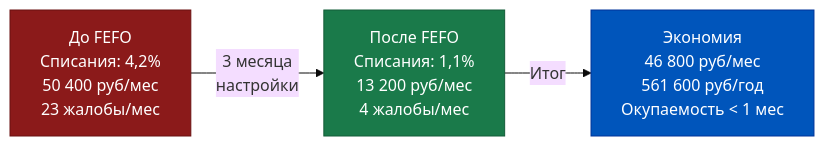
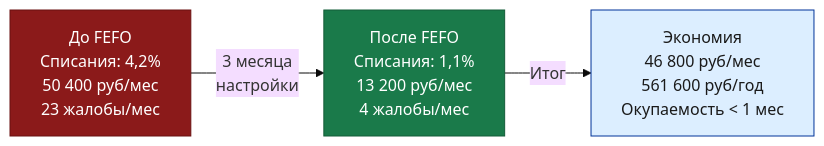
One commit to murad1986/1c-erp-quartz changed the fifth of 6 diagrams in content/1c-erp/week_4/Неделя 4 - День 4 - Сроки годности и FEFO.md. Above: the diagram before and after it, drawn with Mermaid (base theme). The commit also changed other lines of this file and 57 other files, not shown here.

First line of the commit message:
fix: Mermaid — пастельные цвета в источниках диаграмм (56 файлов)

````diff
--- a/content/1c-erp/week_4/Неделя 4 - День 4 - Сроки годности и FEFO.md
+++ b/content/1c-erp/week_4/Неделя 4 - День 4 - Сроки годности и FEFO.md
@@ -415,13 +415,13 @@
 ```mermaid
 flowchart LR
     B1["До FEFO<br/>Списания: 4,2%<br/>50 400 руб/мес<br/>23 жалобы/мес"]:::before
     B2["После FEFO<br/>Списания: 1,1%<br/>13 200 руб/мес<br/>4 жалобы/мес"]:::after
     B3["Экономия<br/>46 800 руб/мес<br/>561 600 руб/год<br/>Окупаемость < 1 мес"]:::result
 
     B1 -->|"3 месяца<br/>настройки"| B2
     B2 -->|"Итог"| B3
 
     classDef before fill:#8b1a1a,color:#fff,stroke:#6b1010
     classDef after fill:#1a7a4a,color:#fff,stroke:#135c38
-    classDef result fill:#0055BB,color:#fff,stroke:#003399
+    classDef result fill:#dceeff,color:#1a1a1a,stroke:#003399
 ```
````
